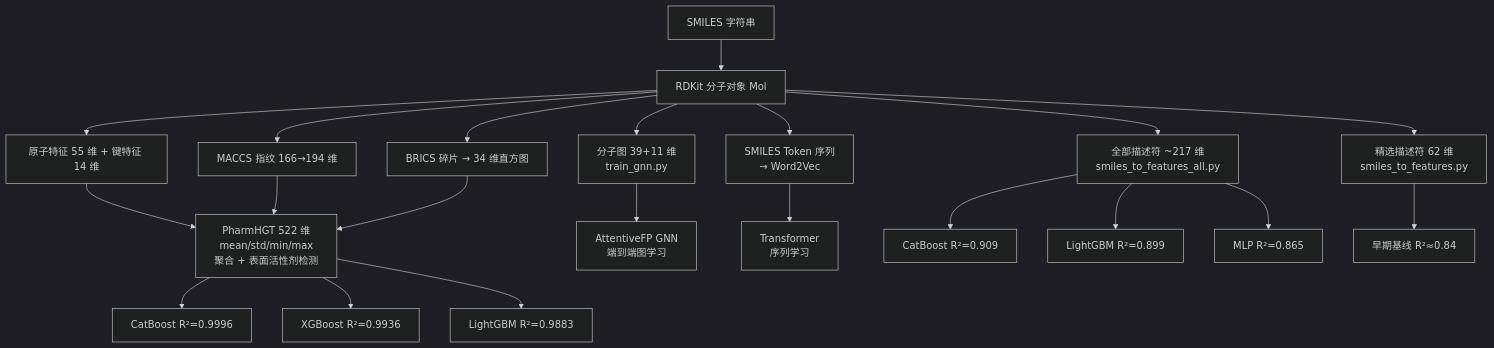
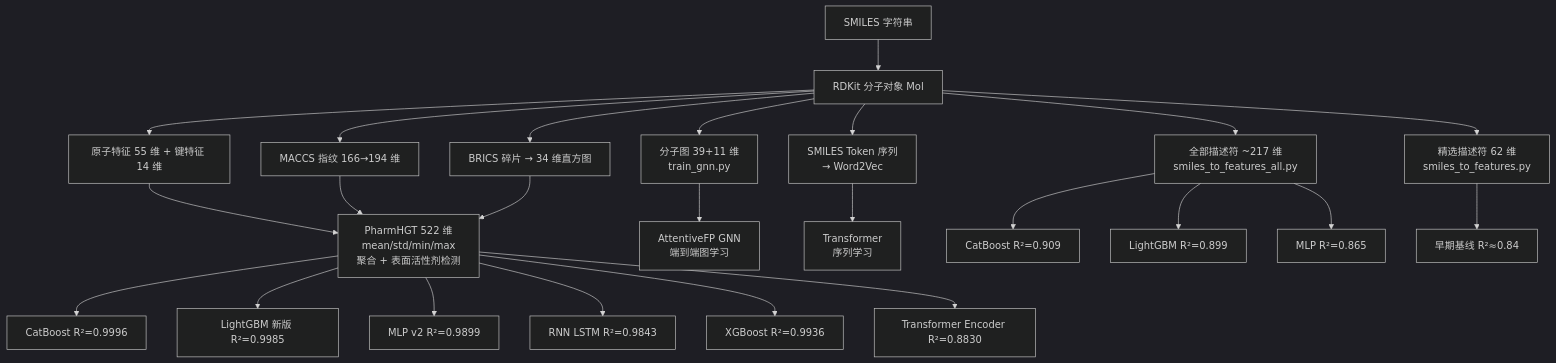
The first of 3 diagrams in reports/FEATURE_ENGINEERING_TECHNICAL_REPORT.md (lizhengyang-byte/surfUltra), drawn with Mermaid (dark theme) before and after one commit. The commit also changed other lines of this file, not shown here.

````diff
--- a/reports/FEATURE_ENGINEERING_TECHNICAL_REPORT.md
+++ b/reports/FEATURE_ENGINEERING_TECHNICAL_REPORT.md
@@ -58,29 +58,33 @@
 ```mermaid
 graph TD
     A[SMILES 字符串] --> B[RDKit 分子对象 Mol]
 
     B --> C[精选描述符 62 维<br>smiles_to_features.py]
     B --> D[全部描述符 ~217 维<br>smiles_to_features_all.py]
     B --> E[原子特征 55 维 + 键特征 14 维]
     B --> F[MACCS 指纹 166→194 维]
     B --> G[BRICS 碎片 → 34 维直方图]
     B --> H[分子图 39+11 维<br>train_gnn.py]
     B --> I[SMILES Token 序列<br>→ Word2Vec]
 
     E --> J[PharmHGT 522 维<br>mean/std/min/max<br>聚合 + 表面活性剂检测]
     F --> J
     G --> J
 
     H --> K[AttentiveFP GNN<br>端到端图学习]
 
     I --> L[Transformer<br>序列学习]
 
     J --> M[CatBoost R²=0.9996]
-    J --> N[XGBoost R²=0.9936]
-    J --> O[LightGBM R²=0.9883]
-    D --> P[CatBoost R²=0.909]
-    D --> Q[LightGBM R²=0.899]
-    D --> R[MLP R²=0.865]
+    J --> N[LightGBM 新版 R²=0.9985]
+    J --> O[MLP v2 R²=0.9899]
+    J --> P[RNN LSTM R²=0.9843]
+    J --> Q[XGBoost R²=0.9936]
+    J --> R[Transformer Encoder R²=0.8830]
 
-    C --> S[早期基线 R²≈0.84]
+    D --> S[CatBoost R²=0.909]
+    D --> T[LightGBM R²=0.899]
+    D --> U[MLP R²=0.865]
+
+    C --> V[早期基线 R²≈0.84]
 ```
````
